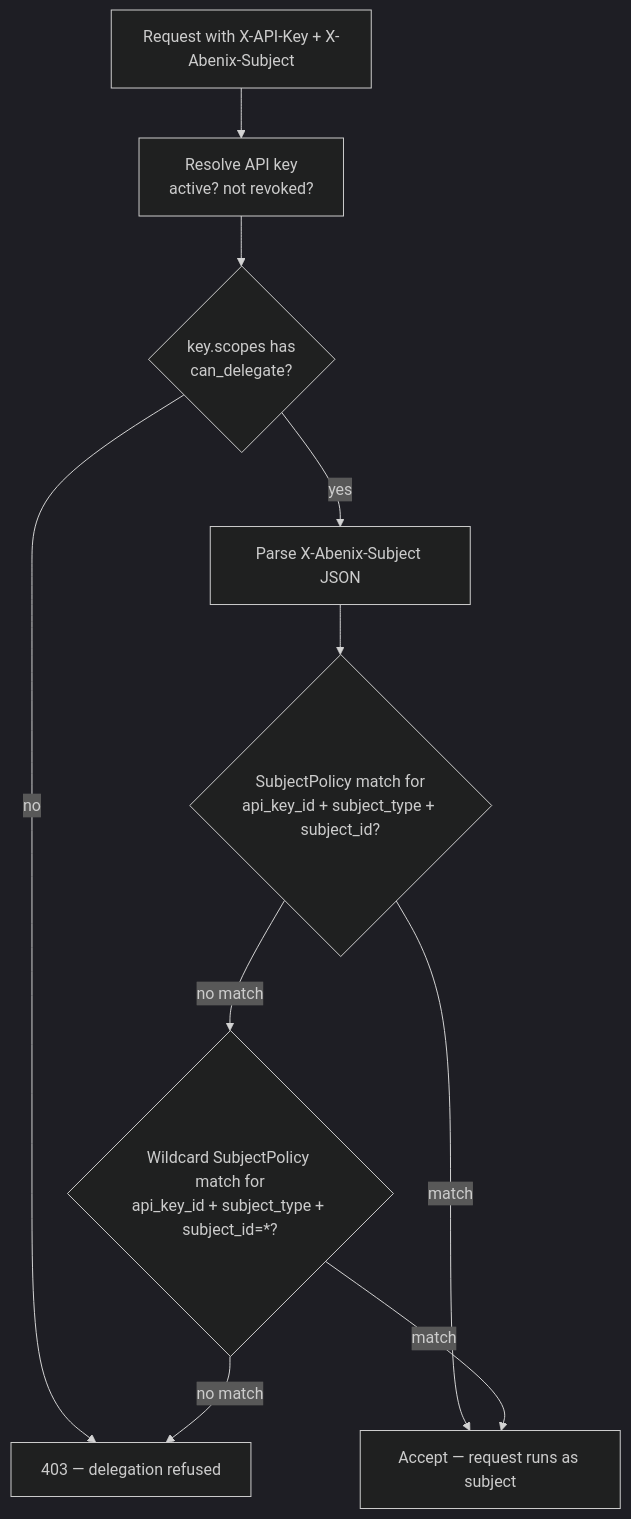
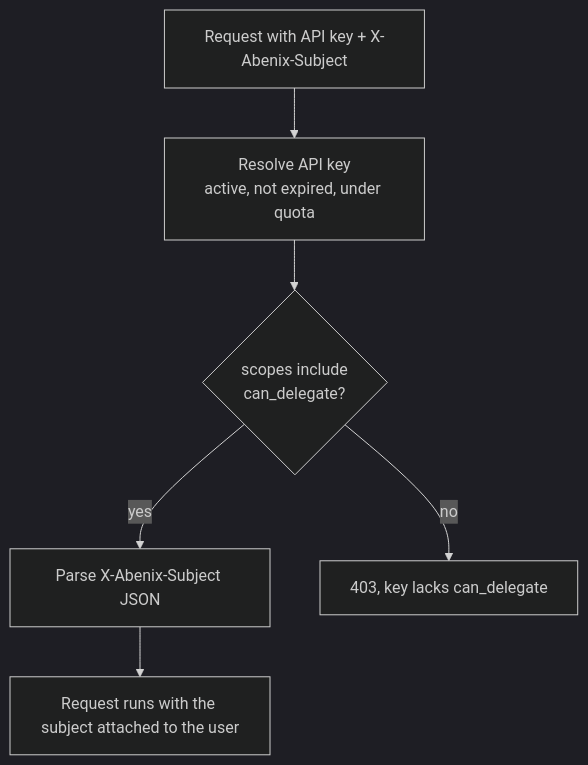
Before and after one commit to sarkar4777/abenix: the third of 4 diagrams in apps/web/public/dev-docs/01-architecture/01-tenants-rbac.md, drawn with Mermaid (dark theme). The commit also changed other lines of this file and 623 other files, not shown here.

````diff
--- a/apps/web/public/dev-docs/01-architecture/01-tenants-rbac.md
+++ b/apps/web/public/dev-docs/01-architecture/01-tenants-rbac.md
@@ -105,19 +105,13 @@
 ```mermaid
 flowchart TD
-  REQ[Request with X-API-Key + X-Abenix-Subject]
-  K[Resolve API key<br/>active? not revoked?]
-  S1{key.scopes has<br/>can_delegate?}
+  REQ[Request with API key + X-Abenix-Subject]
+  K[Resolve API key<br/>active, not expired, under quota]
+  S1{scopes include<br/>can_delegate?}
   S2[Parse X-Abenix-Subject JSON]
-  P1{SubjectPolicy match for<br/>api_key_id + subject_type + subject_id?}
-  P2{Wildcard SubjectPolicy match for<br/>api_key_id + subject_type + subject_id=*?}
-  ACC[Accept — request runs as subject]
-  DEN[403 — delegation refused]
+  ACC[Request runs with the subject attached to the user]
+  DEN[403, key lacks can_delegate]
 
   REQ --> K --> S1
   S1 -- no --> DEN
-  S1 -- yes --> S2 --> P1
-  P1 -- match --> ACC
-  P1 -- no match --> P2
-  P2 -- match --> ACC
-  P2 -- no match --> DEN
+  S1 -- yes --> S2 --> ACC
 ```
````
